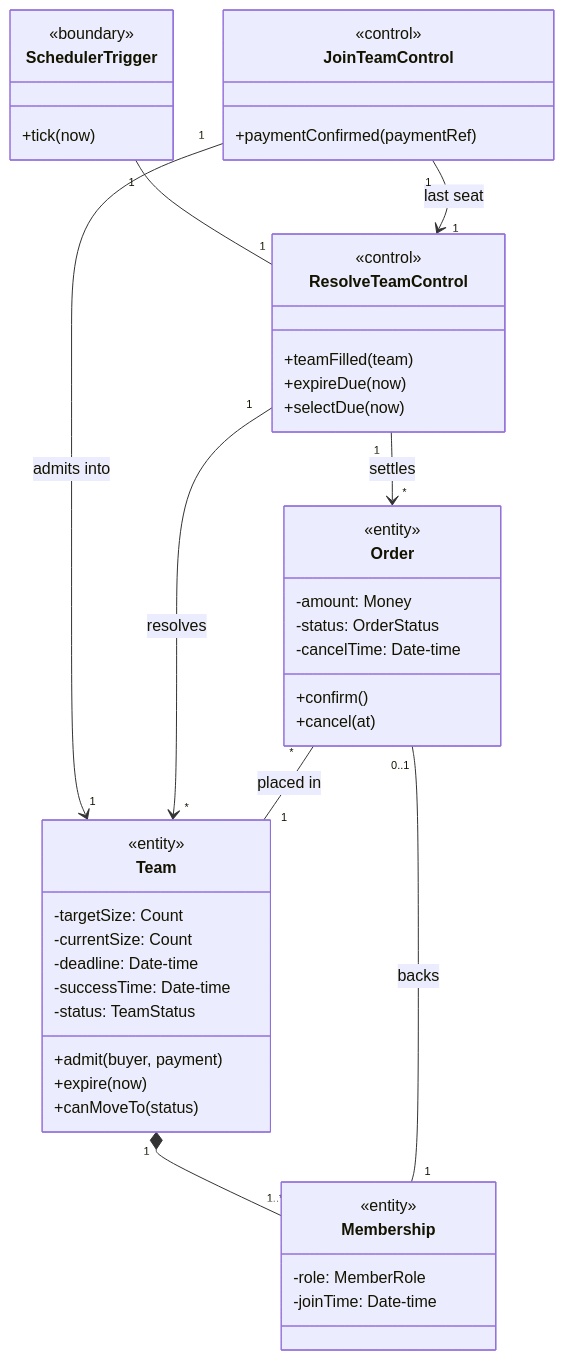
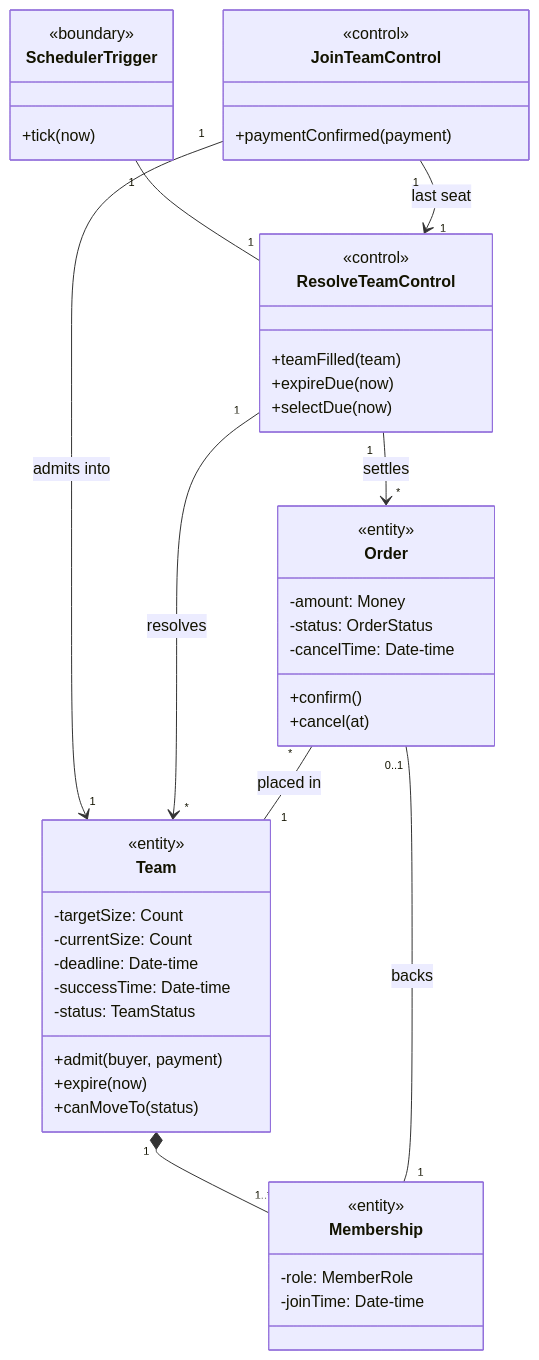
Before and after one commit to PPsyrius/iss-groupbuy-team8: the diagram in docs/swe5001/report/diagrams/appendix-a/src/a-uc05-ac.mmd, drawn with Mermaid. The commit also changed 68 other files, not shown here.

```diff
--- a/docs/swe5001/report/diagrams/appendix-a/src/a-uc05-ac.mmd
+++ b/docs/swe5001/report/diagrams/appendix-a/src/a-uc05-ac.mmd
@@ -1,54 +1,54 @@
 %% frame: UC5 Resolve a team (analysis)
 classDiagram
     class SchedulerTrigger {
         <<boundary>>
         +tick(now)
     }
     class JoinTeamControl {
         <<control>>
-        +paymentConfirmed(paymentRef)
+        +paymentConfirmed(payment)
     }
     class ResolveTeamControl {
         <<control>>
         +teamFilled(team)
         +expireDue(now)
         +selectDue(now)
     }
     class Team {
         <<entity>>
         -targetSize: Count
         -currentSize: Count
         -deadline: Date-time
         -successTime: Date-time
         -status: TeamStatus
         +admit(buyer, payment)
         +expire(now)
         +canMoveTo(status)
     }
     class Membership {
         <<entity>>
         -role: MemberRole
         -joinTime: Date-time
     }
     class Order {
         <<entity>>
         -amount: Money
         -status: OrderStatus
         -cancelTime: Date-time
         +confirm()
         +cancel(at)
     }
 %% at JoinTeamControl 0,0
 %% at SchedulerTrigger 2,0
 %% at ResolveTeamControl 1,1
 %% at Team 0,2
 %% at Order 2,2
 %% at Membership 0,3
     SchedulerTrigger "1" -- "1" ResolveTeamControl
     JoinTeamControl "1" --> "1" ResolveTeamControl : last seat
     JoinTeamControl "1" --> "1" Team : admits into
     ResolveTeamControl "1" --> "*" Team : resolves
     ResolveTeamControl "1" --> "*" Order : settles
     Team "1" *-- "1..*" Membership
     Order "*" -- "1" Team : placed in
     Order "0..1" -- "1" Membership : backs
```
